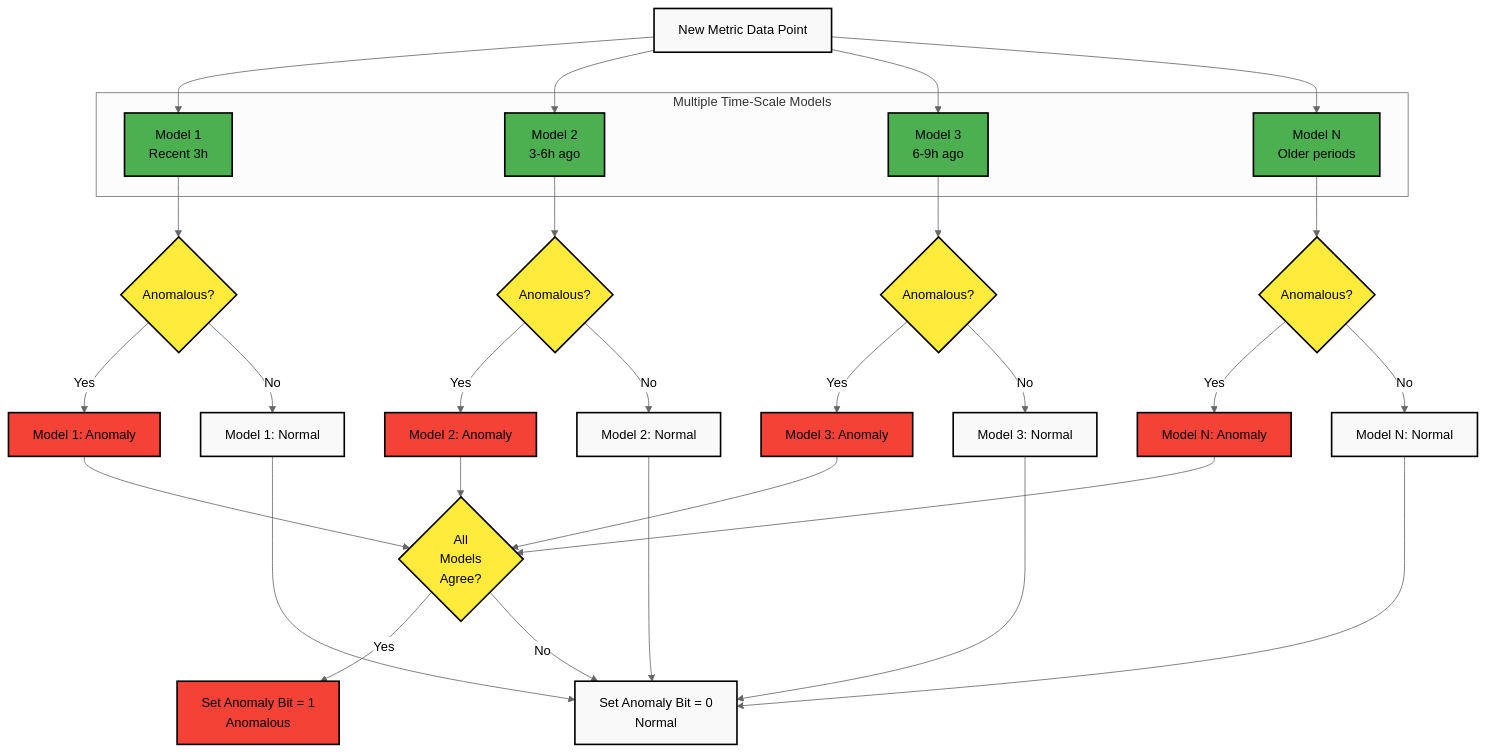
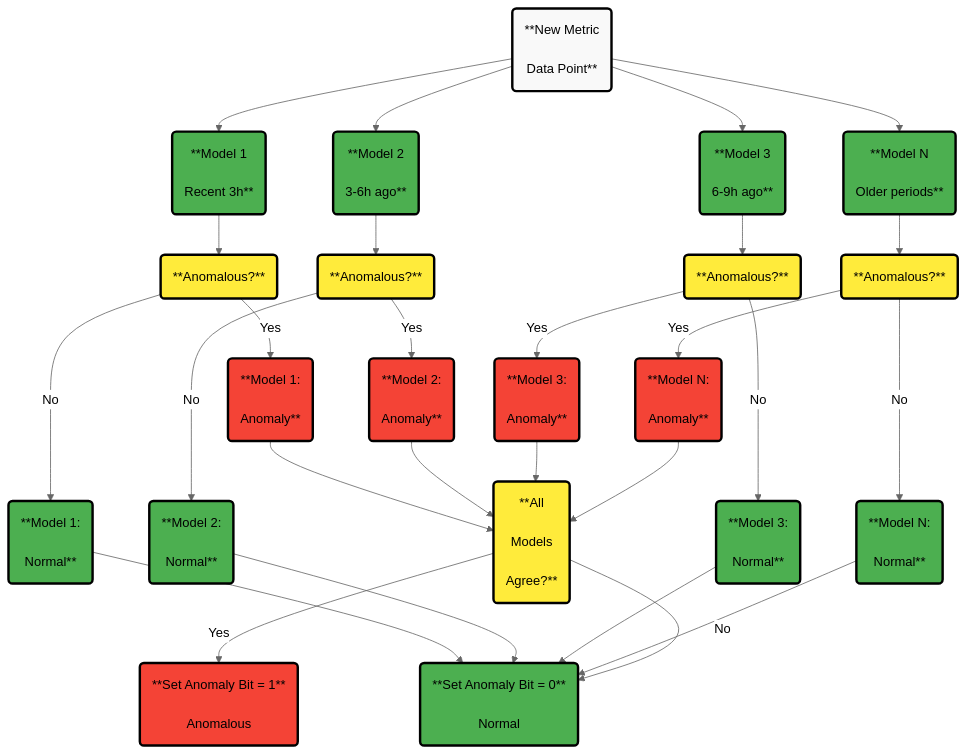
Before and after one commit to netdata/netdata: the second of 3 diagrams in src/ml/ml-configuration.md, drawn with Mermaid (neutral theme). The commit also changed other lines of this file and 3 other files, not shown here.

````diff
--- a/src/ml/ml-configuration.md
+++ b/src/ml/ml-configuration.md
@@ -93,48 +96,71 @@
 ```mermaid
 flowchart TD
-    %% Node styling
-    classDef neutral fill:#f9f9f9,stroke:#000000,color:#000000,stroke-width:2px
-    classDef success fill:#4caf50,stroke:#000000,color:#000000,stroke-width:2px
-    classDef warning fill:#ffeb3b,stroke:#000000,color:#000000,stroke-width:2px
-    classDef danger fill:#f44336,stroke:#000000,color:#000000,stroke-width:2px
+    NewData("**New Metric<br/><br/>Data Point**")
     
-    %% Input data
-    NewData[New Metric Data Point] --> M1 & M2 & M3 & M4
+    M1("**Model 1<br/><br/>Recent 3h**")
+    M2("**Model 2<br/><br/>3-6h ago**")
+    M3("**Model 3<br/><br/>6-9h ago**")
+    M4("**Model N<br/><br/>Older periods**")
     
-    %% Models
-    subgraph Models[Multiple Time-Scale Models]
-        M1[Model 1<br/>Recent 3h]
-        M2[Model 2<br/>3-6h ago]
-        M3[Model 3<br/>6-9h ago]
-        M4[Model N<br/>Older periods]
-    end
+    D1("**Anomalous?**")
+    D2("**Anomalous?**")
+    D3("**Anomalous?**")
+    D4("**Anomalous?**")
     
-    %% Decisions
-    M1 --> D1{Anomalous?}
-    M2 --> D2{Anomalous?}
-    M3 --> D3{Anomalous?}
-    M4 --> D4{Anomalous?}
+    R1("**Model 1:<br/><br/>Anomaly**")
+    N1("**Model 1:<br/><br/>Normal**")
+    R2("**Model 2:<br/><br/>Anomaly**")
+    N2("**Model 2:<br/><br/>Normal**")
+    R3("**Model 3:<br/><br/>Anomaly**")
+    N3("**Model 3:<br/><br/>Normal**")
+    R4("**Model N:<br/><br/>Anomaly**")
+    N4("**Model N:<br/><br/>Normal**")
     
-    %% Results
-    D1 -->|Yes| R1[Model 1: Anomaly]
-    D1 -->|No| N1[Model 1: Normal]
-    D2 -->|Yes| R2[Model 2: Anomaly]
-    D2 -->|No| N2[Model 2: Normal]
-    D3 -->|Yes| R3[Model 3: Anomaly]
-    D3 -->|No| N3[Model 3: Normal]
-    D4 -->|Yes| R4[Model N: Anomaly]
-    D4 -->|No| N4[Model N: Normal]
+    AllYes("**All<br/><br/>Models<br/><br/>Agree?**")
+    AllNo("**Set Anomaly Bit = 0**<br/><br/>Normal")
+    AllAnom("**Set Anomaly Bit = 1**<br/><br/>Anomalous")
     
-    %% Consensus
-    R1 & R2 & R3 & R4 --> AllYes{All<br/>Models<br/>Agree?}
-    N1 & N2 & N3 & N4 ---> AllNo[Set Anomaly Bit = 0<br/>Normal]
-    AllYes -->|Yes| AllAnom[Set Anomaly Bit = 1<br/>Anomalous]
+    NewData --> M1
+    NewData --> M2
+    NewData --> M3
+    NewData --> M4
+    
+    M1 --> D1
+    M2 --> D2
+    M3 --> D3
+    M4 --> D4
+    
+    D1 -->|Yes| R1
+    D1 -->|No| N1
+    D2 -->|Yes| R2
+    D2 -->|No| N2
+    D3 -->|Yes| R3
+    D3 -->|No| N3
+    D4 -->|Yes| R4
+    D4 -->|No| N4
+    
+    R1 --> AllYes
+    R2 --> AllYes
+    R3 --> AllYes
+    R4 --> AllYes
+    N1 --> AllNo
+    N2 --> AllNo
+    N3 --> AllNo
+    N4 --> AllNo
+    
+    AllYes -->|Yes| AllAnom
     AllYes -->|No| AllNo
+    
+    %% Style definitions
+    classDef neutral fill:#f9f9f9,stroke:#000000,stroke-width:3px,color:#000000,font-size:16px
+    classDef process fill:#ffeb3b,stroke:#000000,stroke-width:3px,color:#000000,font-size:16px
+    classDef complete fill:#4caf50,stroke:#000000,stroke-width:3px,color:#000000,font-size:16px
+    classDef anomaly fill:#f44336,stroke:#000000,stroke-width:3px,color:#000000,font-size:16px
     
     %% Apply styles
     class NewData neutral
-    class M1,M2,M3,M4 success
-    class D1,D2,D3,D4,AllYes warning
-    class R1,R2,R3,R4,AllAnom danger
-    class N1,N2,N3,N4,AllNo neutral
+    class M1,M2,M3,M4 complete
+    class D1,D2,D3,D4,AllYes process
+    class R1,R2,R3,R4,AllAnom anomaly
+    class N1,N2,N3,N4,AllNo complete
 ```
````
